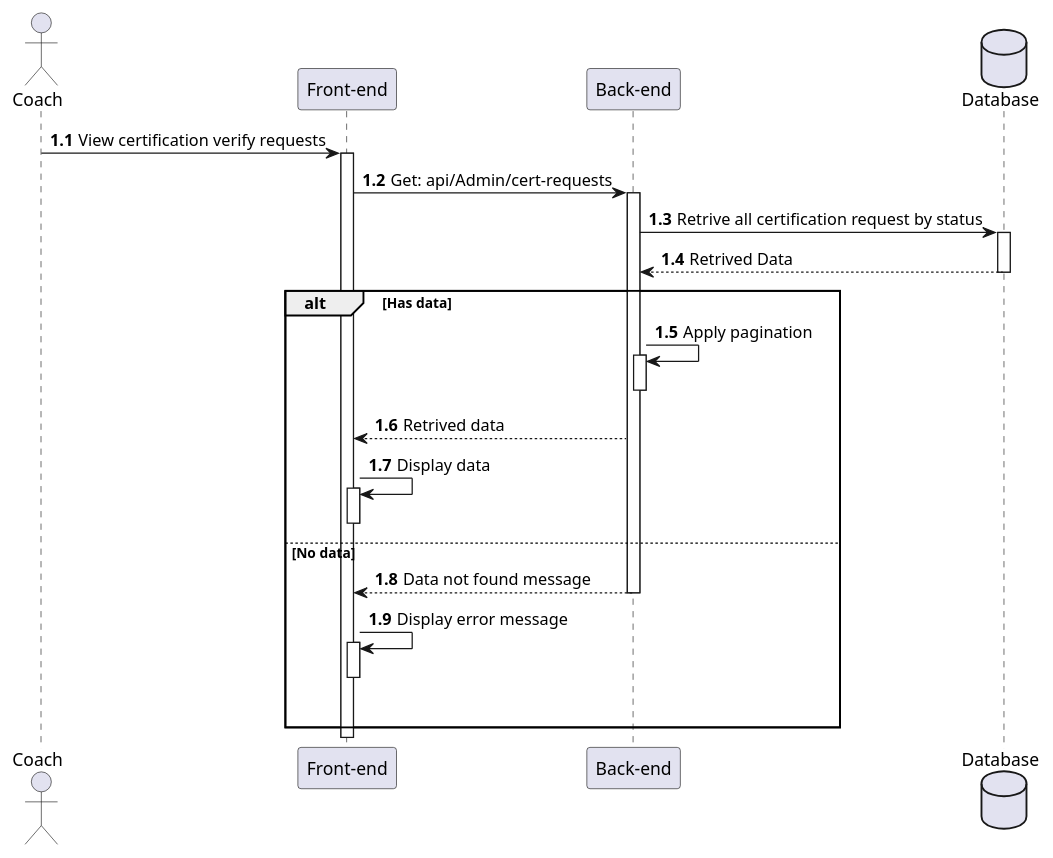
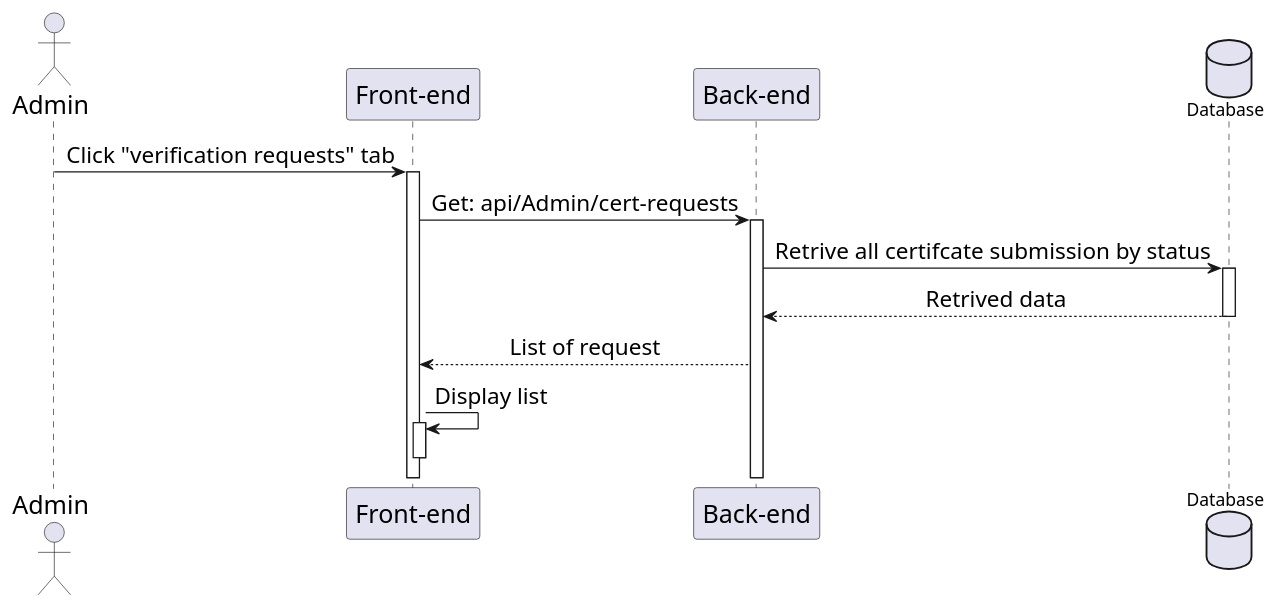
The diagram in Sequences_diagrams/ViewCoachVerifyReq.pu (HTPhong-276/iCoaching-Diagrams), drawn with PlantUML before and after one commit. The commit also changed 75 other files, not shown here.

Commit message:
Update Sequences_diagrams

```diff
--- a/Sequences_diagrams/ViewCoachVerifyReq.pu
+++ b/Sequences_diagrams/ViewCoachVerifyReq.pu
@@ -1,30 +1,23 @@
 @startuml ViewCoachVerifyRequest
-
-actor Coach as user
+skinparam sequenceMessageAlign center
+skinparam sequence {
+    ParticipantFontSize 20
+    ActorFontSize 20
+    DatabaseFontSize 20
+    ArrowFontSize 18
+} 
+actor Admin as user
 participant "Front-end" as client
 participant "Back-end" as server 
 database "Database" as db
 
-autonumber 1.1 "<b>0:"
-
-user -> client++ : View certification verify requests 
+user -> client++ : Click "verification requests" tab 
 client -> server++ : Get: api/Admin/cert-requests
-server -> db++ : Retrive all certification request by status
-db --> server : Retrived Data
+server -> db++ : Retrive all certifcate submission by status
+db --> server : Retrived data
+deactivate
+server --> client : List of request
+client -> client++ : Display list
 deactivate
 
-alt Has data
-    server -> server++ : Apply pagination
-    deactivate
-    server --> client : Retrived data
-    client -> client++ : Display data
-    deactivate
-
-else No data
-    server --> client : Data not found message
-    deactivate
-    client -> client++ : Display error message 
-    deactivate
-    |||
-end 
 @enduml
```
